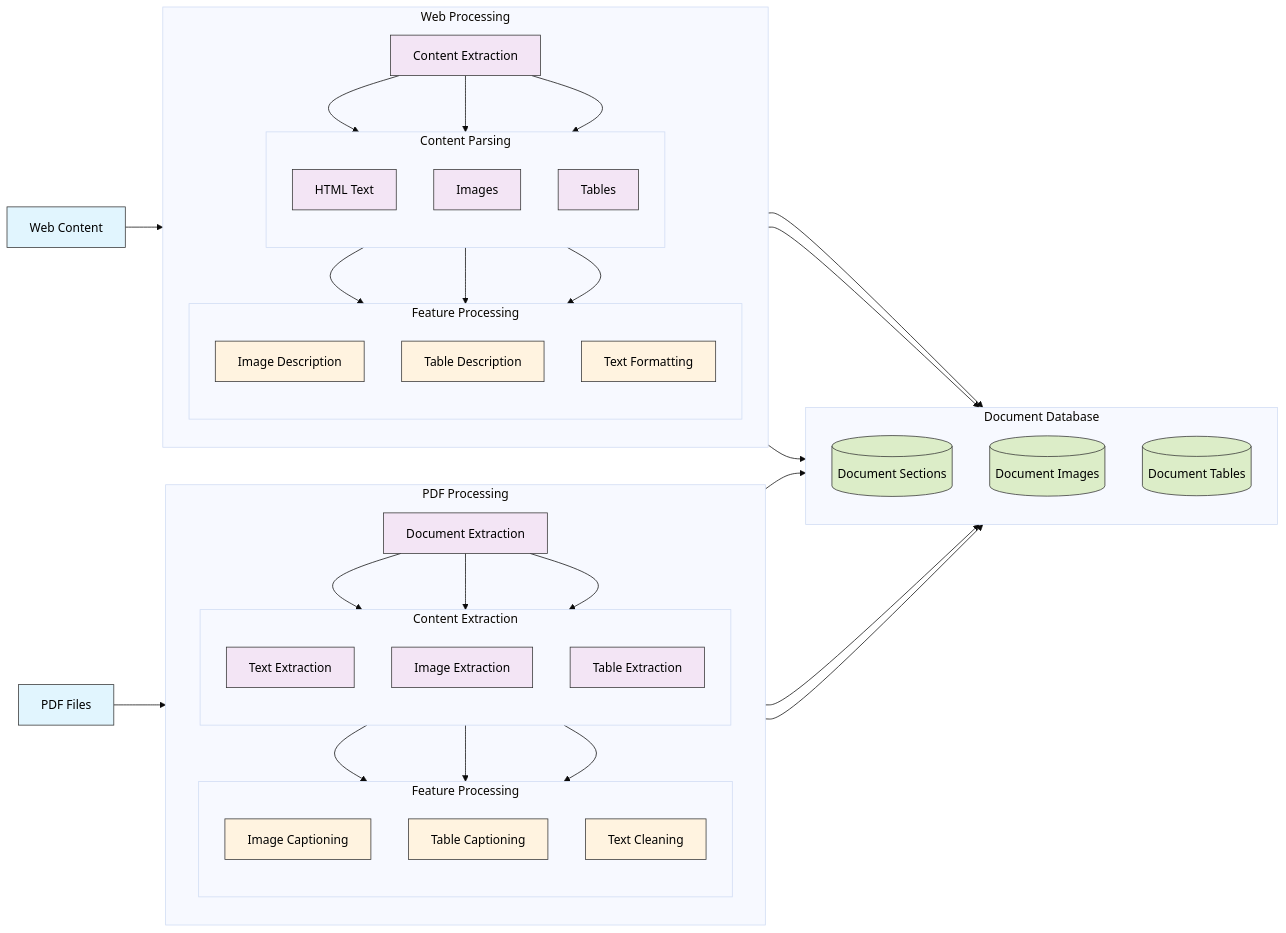
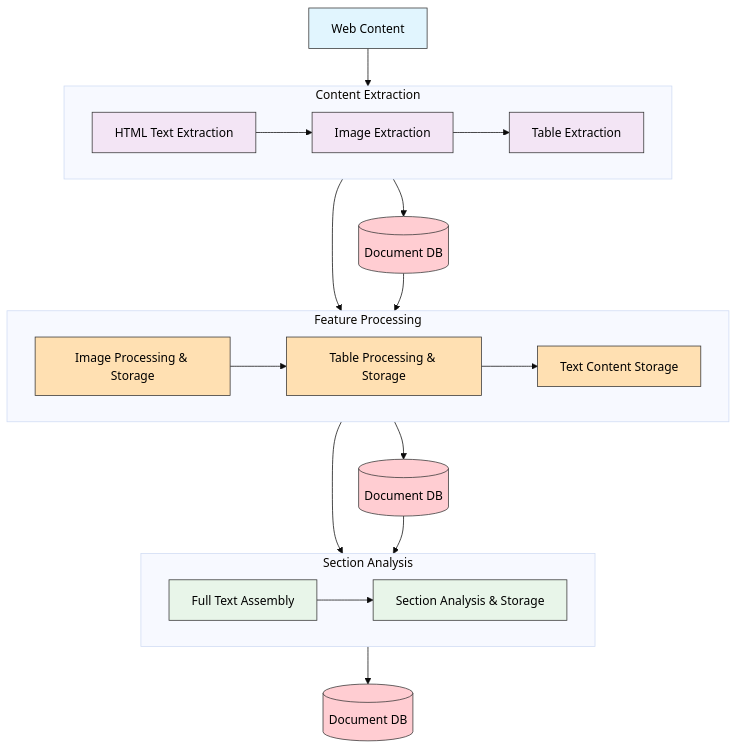
The first of 2 diagrams in docs/2b_Document_Extraction.md (NicholasGrundl/ragnostic), drawn with Mermaid (base theme) before and after one commit. The commit also changed other lines of this file and 4 other files, not shown here.

````diff
--- a/docs/2b_Document_Extraction.md
+++ b/docs/2b_Document_Extraction.md
@@ -24,83 +136,52 @@
 ```mermaid
-flowchart LR
-    %% Input nodes
-    pdf[PDF Files]
-    web[Web Content]
+flowchart TB
+    %% Input node
+    input[Web Content]
 
-    %% PDF Processing Flow
-    subgraph pdf_flow[PDF Processing]
-        direction TB
-        doc_ext[Document Extraction]
-        
-        subgraph pdf_proc[Content Extraction]
-            direction TB
-            text_ext[Text Extraction]
-            img_ext[Image Extraction] 
-            tbl_ext[Table Extraction]
-        end
-        
-        subgraph pdf_feature[Feature Processing]
-            direction TB
-            img_cap[Image Captioning]
-            tbl_cap[Table Captioning]
-            txt_clean[Text Cleaning]
-        end
+    %% Content Extraction Phase
+    subgraph extract[Content Extraction]
+        direction LR
+        text_ext[HTML Text Extraction] --> img_ext[Image Extraction] --> tbl_ext[Table Extraction]
     end
 
-    %% Web Processing Flow    
-    subgraph web_flow[Web Processing]
-        direction TB
-        web_ext[Content Extraction]
-        
-        subgraph web_proc[Content Parsing]
-            direction TB
-            html_text[HTML Text]
-            html_img[Images]
-            html_tbl[Tables]
-        end
-        
-        subgraph web_feature[Feature Processing]
-            direction TB
-            web_img_cap[Image Description]
-            web_tbl_cap[Table Description]
-            web_clean[Text Formatting]
-        end
+    %% Document DB instances
+    db1[(Document DB)]
+    db2[(Document DB)]
+    db3[(Document DB)]
+
+    %% Feature Processing Phase
+    subgraph feature[Feature Processing]
+        direction LR
+        img_proc[Image Processing & Storage] --> tbl_proc[Table Processing & Storage] --> txt_store[Text Content Storage]
     end
 
-    %% Storage
-    subgraph store[Document Database]
-        direction TB
-        doc_sections[(Document Sections)]
-        doc_images[(Document Images)]
-        doc_tables[(Document Tables)]
+    %% Section Analysis Phase
+    subgraph section[Section Analysis]
+        direction LR
+        assembly[Full Text Assembly] --> analysis[Section Analysis & Storage]
     end
 
-    %% PDF Flow Connections
-    pdf --> doc_ext
-    doc_ext --> text_ext & img_ext & tbl_ext
-    text_ext --> txt_clean
-    img_ext --> img_cap
-    tbl_ext --> tbl_cap
+    %% Main Flow Connections
+    input --> extract
+    extract --> db1
+    extract --> feature
+    db1 --> feature
+    feature --> db2
+    feature --> section
+    db2 --> section
+    section --> db3
 
-    %% Web Flow Connections
-    web --> web_ext
-    web_ext --> html_text & html_img & html_tbl
-    html_text --> web_clean
-    html_img --> web_img_cap
-    html_tbl --> web_tbl_cap
-
-    %% Storage Connections
-    txt_clean & web_clean --> doc_sections
-    img_cap & web_img_cap --> doc_images
-    tbl_cap & web_tbl_cap --> doc_tables
-
+    %% Styling
+    classDef default fill:#fff,stroke:#333,color:#000
     classDef input fill:#e1f5fe,stroke:#333,color:#000
-    classDef process fill:#f3e5f5,stroke:#333,color:#000
-    classDef feature fill:#fff3e0,stroke:#333,color:#000
-    classDef storage fill:#dcedc8,stroke:#333,color:#000
+    classDef extract fill:#f3e5f5,stroke:#333,color:#000
+    classDef feature fill:#ffe0b2,stroke:#333,color:#000
+    classDef section fill:#e8f5e9,stroke:#333,color:#000
+    classDef storage fill:#ffcdd2,stroke:#333,color:#000
     
-    class pdf,web input
-    class doc_ext,web_ext,text_ext,img_ext,tbl_ext,html_text,html_img,html_tbl process
-    class img_cap,tbl_cap,txt_clean,web_img_cap,web_tbl_cap,web_clean feature
-    class doc_sections,doc_images,doc_tables storage
+    class input input
+    class text_ext,img_ext,tbl_ext extract
+    class img_proc,tbl_proc,txt_store feature
+    class assembly,analysis section
+    class db1,db2,db3 storage
 ```
````
